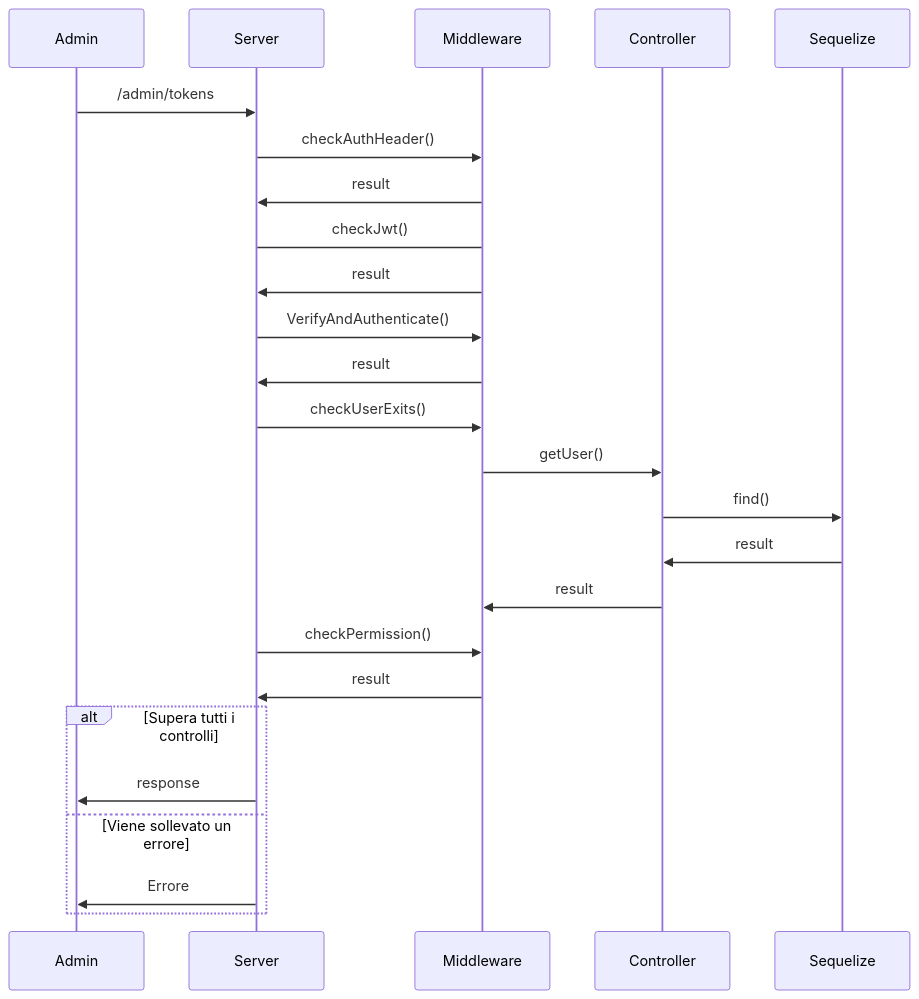
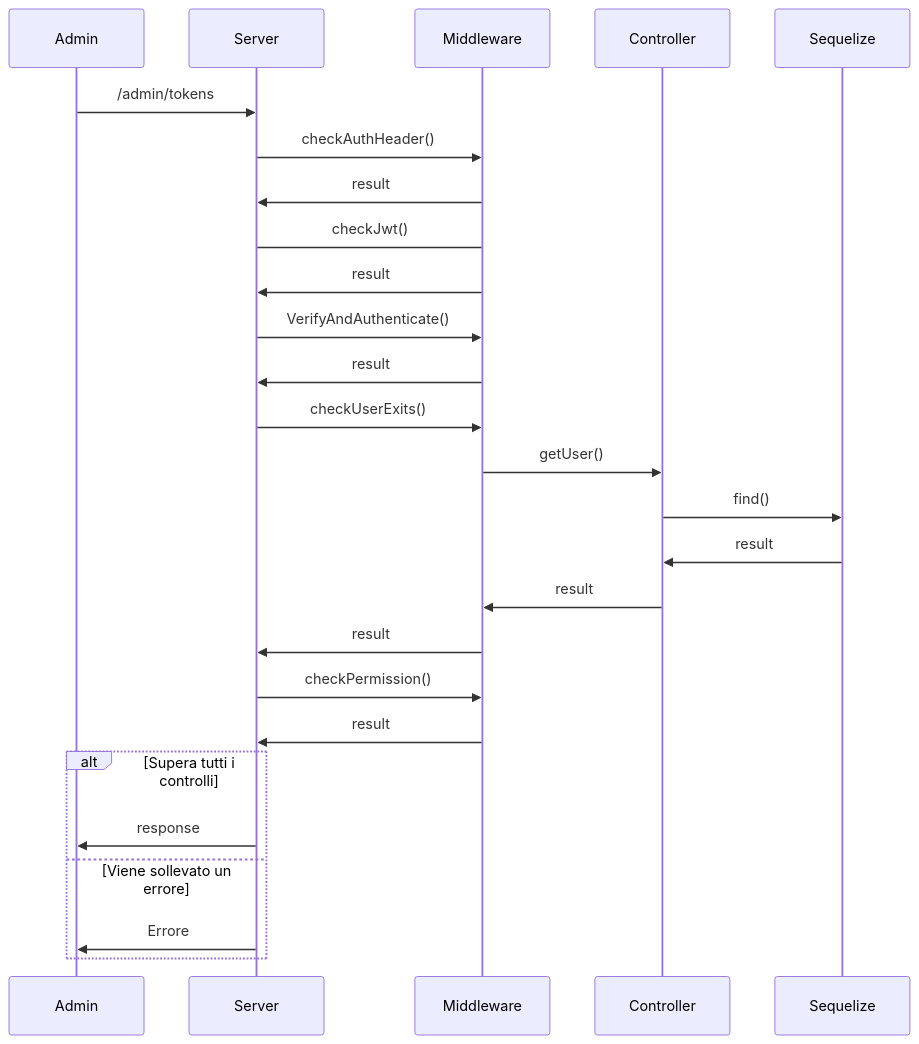
The fifth of 6 diagrams in README.md (AgneseBruglia/PA2024), drawn with Mermaid before and after one commit.

````diff
--- a/README.md
+++ b/README.md
@@ -262,24 +262,25 @@
 ```mermaid
 sequenceDiagram
     Admin->>Server: /admin/tokens
     actor Admin
     Server->>Middleware: checkAuthHeader()
     Middleware->>Server: result
     Server->Middleware: checkJwt()
     Middleware->>Server: result
     Server->>Middleware: VerifyAndAuthenticate() 
     Middleware->>Server: result
     Server->>Middleware: checkUserExits()
     Middleware->>Controller: getUser()
     Controller->>Sequelize: find()
     Sequelize->>Controller: result
     Controller->>Middleware: result
+    Middleware->>Server: result 
     Server->>Middleware: checkPermission()
     Middleware->>Server: result 
     
     alt Supera tutti i controlli
         Server->>Admin: response
     else Viene sollevato un errore
         Server->>Admin: Errore
     end
 ```
````
